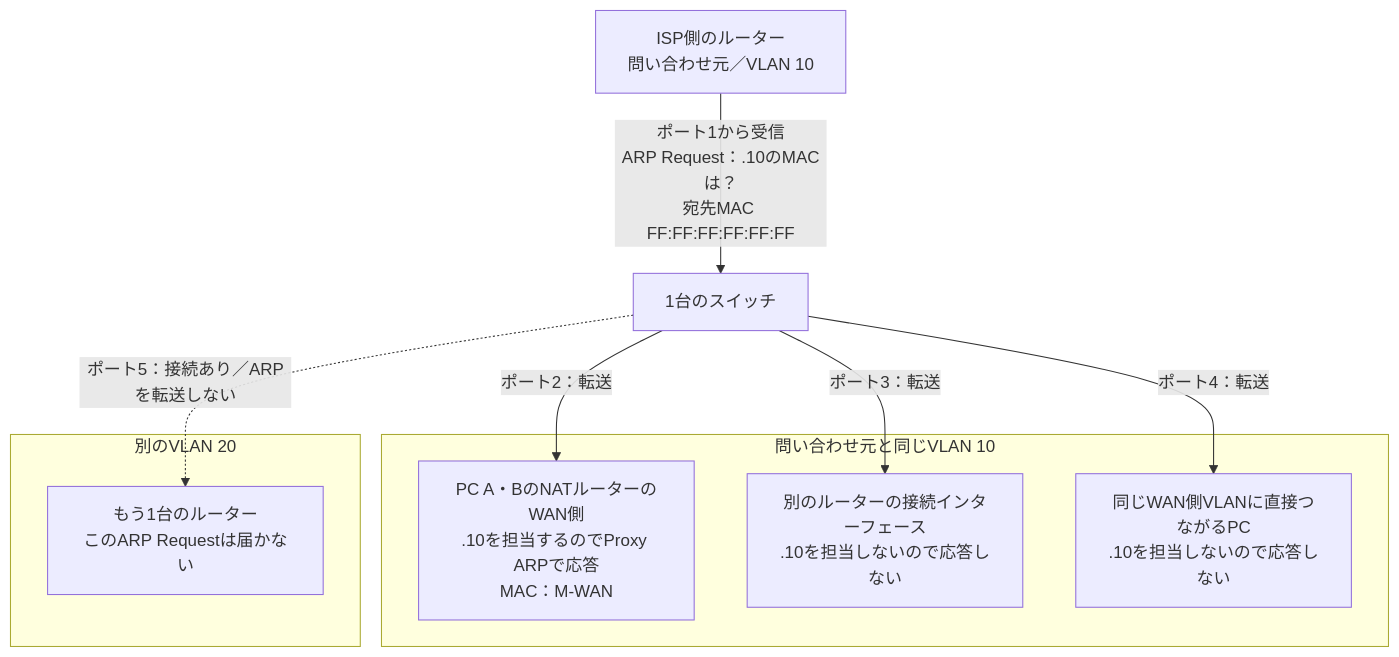
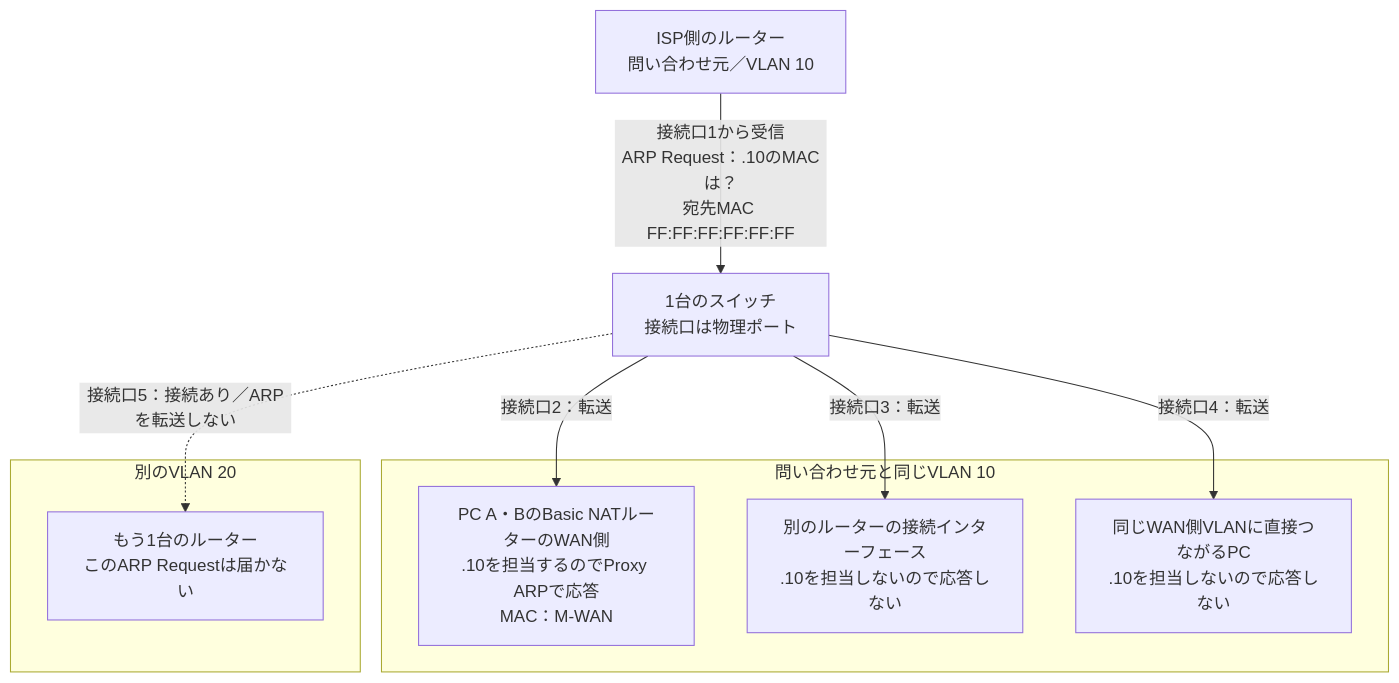
One commit to mgmaru/reading-notes changed the third of 3 diagrams in engineering/question/basic_security_at_home_20261005_question16_arp_mac_address.md. Above: the diagram before and after it, drawn with Mermaid. The commit also changed other lines of this file and 1 other file, not shown here.

Commit message:
docs: スイッチの接続口とTCP・UDPポートの違いを明記

````diff
--- a/engineering/question/basic_security_at_home_20261005_question16_arp_mac_address.md
+++ b/engineering/question/basic_security_at_home_20261005_question16_arp_mac_address.md
@@ -218,16 +220,16 @@
 ```mermaid
 flowchart TD
-    U["ISP側のルーター<br/>問い合わせ元／VLAN 10"] -->|"ポート1から受信<br/>ARP Request：.10のMACは？<br/>宛先MAC FF:FF:FF:FF:FF:FF"| W["1台のスイッチ"]
+    U["ISP側のルーター<br/>問い合わせ元／VLAN 10"] -->|"接続口1から受信<br/>ARP Request：.10のMACは？<br/>宛先MAC FF:FF:FF:FF:FF:FF"| W["1台のスイッチ<br/>接続口は物理ポート"]
     subgraph V10["問い合わせ元と同じVLAN 10"]
-        R["PC A・BのNATルーターのWAN側<br/>.10を担当するのでProxy ARPで応答<br/>MAC：M-WAN"]
+        R["PC A・BのBasic NATルーターのWAN側<br/>.10を担当するのでProxy ARPで応答<br/>MAC：M-WAN"]
         O["別のルーターの接続インターフェース<br/>.10を担当しないので応答しない"]
         H["同じWAN側VLANに直接つながるPC<br/>.10を担当しないので応答しない"]
     end
     subgraph V20["別のVLAN 20"]
         X["もう1台のルーター<br/>このARP Requestは届かない"]
     end
-    W -->|"ポート2：転送"| R
-    W -->|"ポート3：転送"| O
-    W -->|"ポート4：転送"| H
-    W -.->|"ポート5：接続あり／ARPを転送しない"| X
+    W -->|"接続口2：転送"| R
+    W -->|"接続口3：転送"| O
+    W -->|"接続口4：転送"| H
+    W -.->|"接続口5：接続あり／ARPを転送しない"| X
 ```
````
